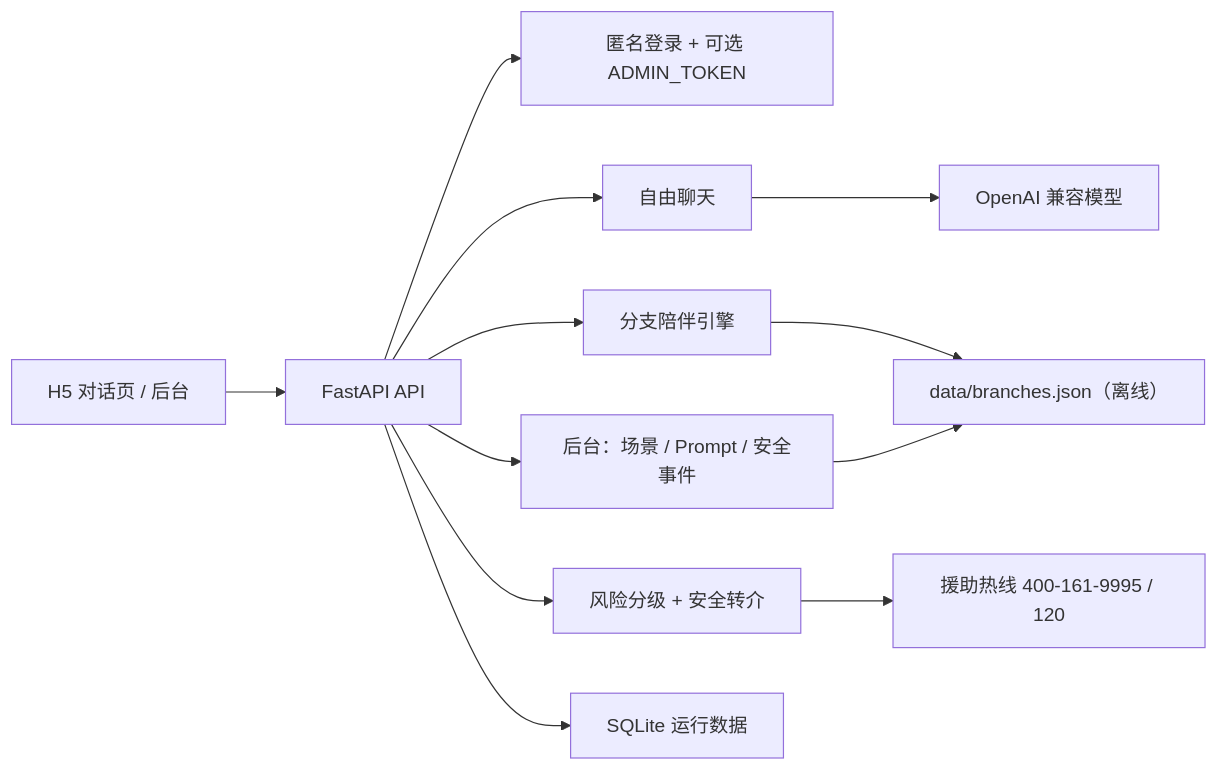
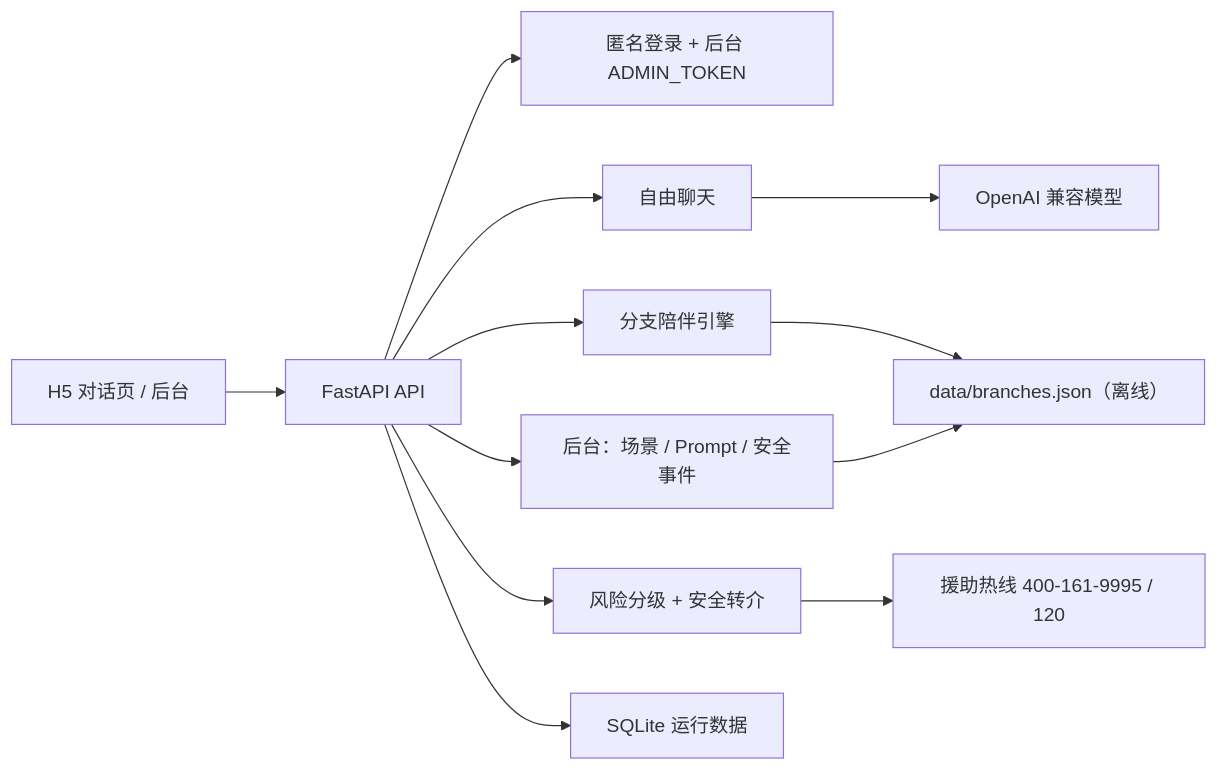
One commit to liao96312/houmenbiegun changed the diagram in README.zh-CN.md. Above: the diagram before and after it, drawn with Mermaid. The commit also changed other lines of this file and 9 other files, not shown here.

First line of the commit message:
fix(admin): 所有后台接口强制校验 ADMIN_TOKEN，默认拒绝

````diff
--- a/README.zh-CN.md
+++ b/README.zh-CN.md
@@ -55,14 +55,14 @@
 ```mermaid
 flowchart LR
   Browser["H5 对话页 / 后台"] --> API["FastAPI API"]
-  API --> Auth["匿名登录 + 可选 ADMIN_TOKEN"]
+  API --> Auth["匿名登录 + 后台 ADMIN_TOKEN"]
   API --> Free["自由聊天"]
   Free --> LLM["OpenAI 兼容模型"]
   API --> Branch["分支陪伴引擎"]
   Branch --> JSON["data/branches.json（离线）"]
   API --> Safety["风险分级 + 安全转介"]
   Safety --> Hotline["援助热线 400-161-9995 / 120"]
   API --> Admin["后台：场景 / Prompt / 安全事件"]
   Admin --> JSON
   API --> Store["SQLite 运行数据"]
 ```
````
